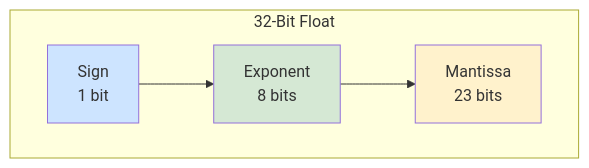
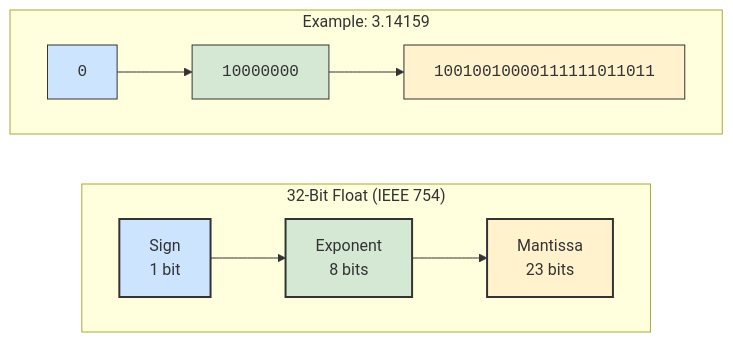
The second of 2 diagrams in lectures/lect-2.md (ruslylove/compro), drawn with Mermaid before and after one commit. The commit also changed other lines of this file and 3 other files, not shown here.

````diff
--- a/lectures/lect-2.md
+++ b/lectures/lect-2.md
@@ -411,10 +423,19 @@
 ```mermaid
-graph LR
-    subgraph 32-Bit Float
+flowchart LR
+    subgraph "32-Bit Float (IEEE 754)"
         direction LR
-        A[Sign <br> 1 bit] --> B[Exponent <br> 8 bits] --> C[Mantissa <br> 23 bits]
+        S[Sign <br> 1 bit]:::sign --> E[Exponent <br> 8 bits]:::exponent --> M[Mantissa  <br> 23 bits]:::mantissa
     end
-    style A fill:#cde4ff
-    style B fill:#d5e8d4
-    style C fill:#fff2cc
+
+    subgraph "Example: 3.14159"
+        direction LR
+        S_val["0"]:::sign_val --> E_val["10000000"]:::exponent_val --> M_val["10010010000111111011011"]:::mantissa_val
+    end
+
+    classDef sign fill:#cde4ff,stroke:#333,stroke-width:2px
+    classDef exponent fill:#d5e8d4,stroke:#333,stroke-width:2px
+    classDef mantissa fill:#fff2cc,stroke:#333,stroke-width:2px
+    classDef sign_val fill:#cde4ff,stroke:#333,stroke-width:1px,font-family:monospace
+    classDef exponent_val fill:#d5e8d4,stroke:#333,stroke-width:1px,font-family:monospace
+    classDef mantissa_val fill:#fff2cc,stroke:#333,stroke-width:1px,font-family:monospace
 ```
````
